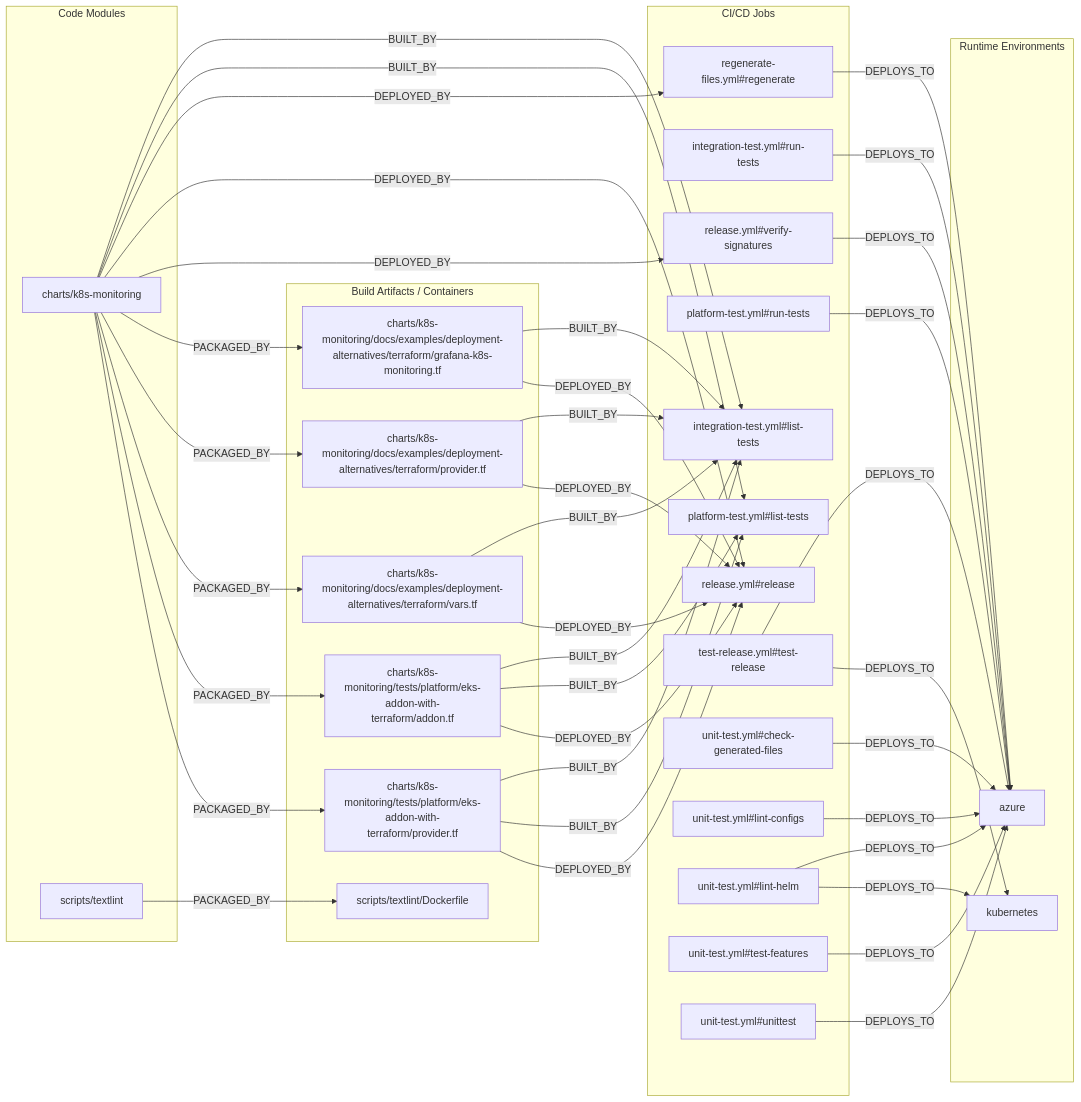
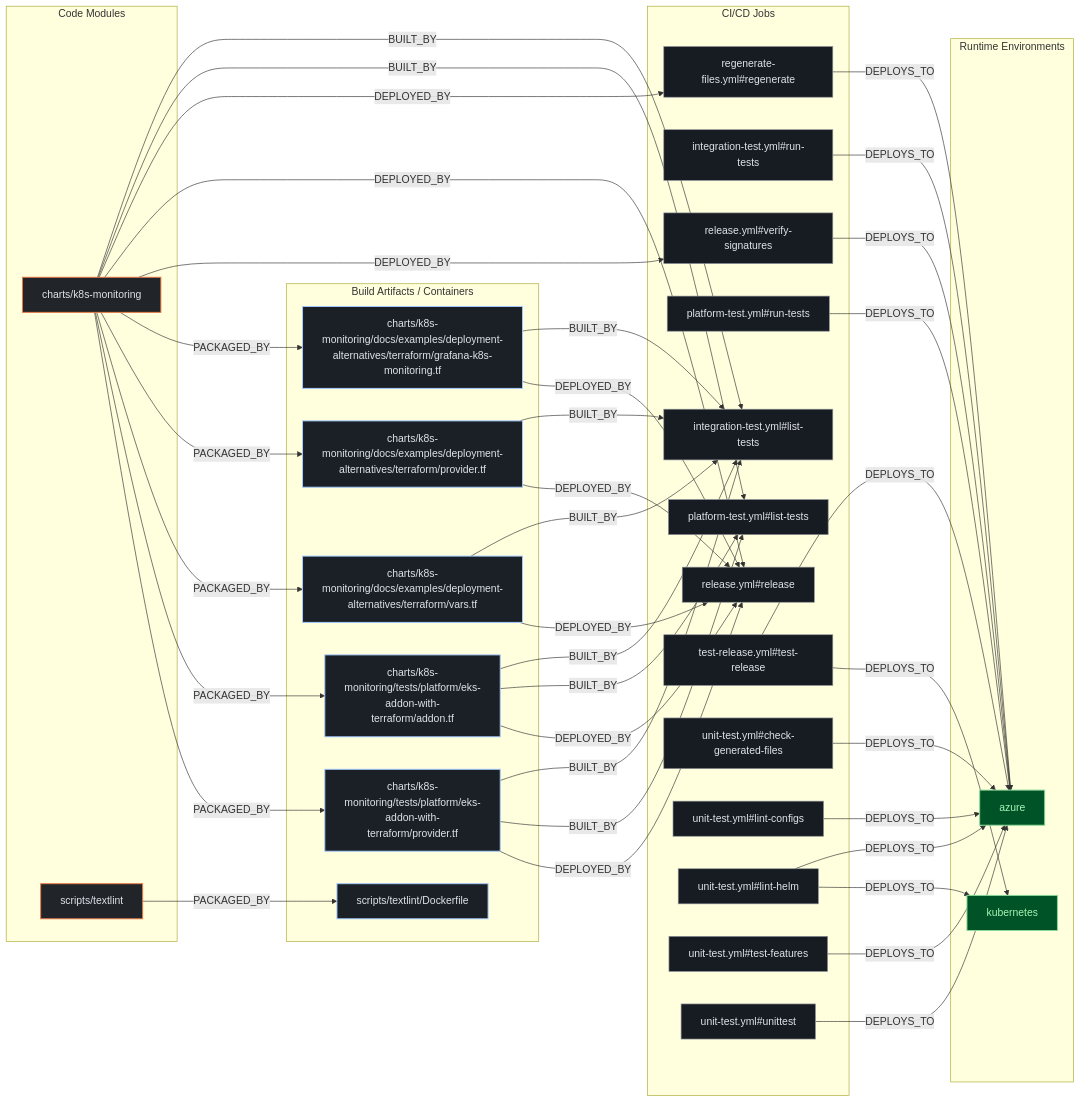
One commit to kumarshaz/atruss-code-atlas changed the second of 3 diagrams in exports/latest/reports/grafana-k8s-monitoring-helm-report.md. Above: the diagram before and after it, drawn with Mermaid. The commit also changed other lines of this file and 331 other files, not shown here.

Commit message:
docs,ui,fix: update SDLC docs, reorder CI/CD DAG first, stylize Mermaid, and fix Arc42 pipeline topology

````diff
--- a/exports/latest/reports/grafana-k8s-monitoring-helm-report.md
+++ b/exports/latest/reports/grafana-k8s-monitoring-helm-report.md
@@ -169,69 +176,73 @@
 ```mermaid
 flowchart LR
+    classDef atlasCategory fill:#212428,stroke:#E87A48,stroke-width:1.5px,color:#dfe3eb
+    classDef atlasWorkflow fill:#1b2026,stroke:#a3c9ff,stroke-width:1.5px,color:#dfe3eb
+    classDef atlasJob fill:#171c22,stroke:#8d9199,stroke-width:1px,color:#dfe3eb
+    classDef atlasTarget fill:#005227,stroke:#8bd99b,stroke-width:1.5px,color:#a7f6b6
     subgraph code_modules["Code Modules"]
-        mod_charts_k8s_monitoring["charts/k8s-monitoring"]
-        mod_scripts_textlint["scripts/textlint"]
+        mod_charts_k8s_monitoring["charts/k8s-monitoring"]:::atlasCategory
+        mod_scripts_textlint["scripts/textlint"]:::atlasCategory
     end
     subgraph build_artifacts["Build Artifacts / Containers"]
-        art_charts_k8s_monitoring_docs_examples_deployment_alternatives_terraform_grafana_k8s_monitoring_tf["charts/k8s-monitoring/docs/examples/deployment-alternatives/terraform/grafana-k8s-monitoring.tf"]
-        art_charts_k8s_monitoring_docs_examples_deployment_alternatives_terraform_provider_tf["charts/k8s-monitoring/docs/examples/deployment-alternatives/terraform/provider.tf"]
-        art_charts_k8s_monitoring_docs_examples_deployment_alternatives_terraform_vars_tf["charts/k8s-monitoring/docs/examples/deployment-alternatives/terraform/vars.tf"]
-        art_charts_k8s_monitoring_tests_platform_eks_addon_with_terraform_addon_tf["charts/k8s-monitoring/tests/platform/eks-addon-with-terraform/addon.tf"]
-        art_charts_k8s_monitoring_tests_platform_eks_addon_with_terraform_provider_tf["charts/k8s-monitoring/tests/platform/eks-addon-with-terraform/provider.tf"]
-        art_scripts_textlint_Dockerfile["scripts/textlint/Dockerfile"]
+        art_charts_k8s_monitoring_docs_examples_deployment_alternatives_terraform_grafana_k8s_monitoring_tf["charts/k8s-monitoring/docs/examples/deployment-alternatives/terraform/grafana-k8s-monitoring.tf"]:::atlasWorkflow
+        art_charts_k8s_monitoring_docs_examples_deployment_alternatives_terraform_provider_tf["charts/k8s-monitoring/docs/examples/deployment-alternatives/terraform/provider.tf"]:::atlasWorkflow
+        art_charts_k8s_monitoring_docs_examples_deployment_alternatives_terraform_vars_tf["charts/k8s-monitoring/docs/examples/deployment-alternatives/terraform/vars.tf"]:::atlasWorkflow
+        art_charts_k8s_monitoring_tests_platform_eks_addon_with_terraform_addon_tf["charts/k8s-monitoring/tests/platform/eks-addon-with-terraform/addon.tf"]:::atlasWorkflow
+        art_charts_k8s_monitoring_tests_platform_eks_addon_with_terraform_provider_tf["charts/k8s-monitoring/tests/platform/eks-addon-with-terraform/provider.tf"]:::atlasWorkflow
+        art_scripts_textlint_Dockerfile["scripts/textlint/Dockerfile"]:::atlasWorkflow
     end
     subgraph ci_jobs["CI/CD Jobs"]
-        job_integration_test_yml_list_tests["integration-test.yml#list-tests"]
-        job_integration_test_yml_run_tests["integration-test.yml#run-tests"]
-        job_platform_test_yml_list_tests["platform-test.yml#list-tests"]
-        job_platform_test_yml_run_tests["platform-test.yml#run-tests"]
-        job_regenerate_files_yml_regenerate["regenerate-files.yml#regenerate"]
-        job_release_yml_release["release.yml#release"]
-        job_release_yml_verify_signatures["release.yml#verify-signatures"]
-        job_test_release_yml_test_release["test-release.yml#test-release"]
-        job_unit_test_yml_check_generated_files["unit-test.yml#check-generated-files"]
-        job_unit_test_yml_lint_configs["unit-test.yml#lint-configs"]
-        job_unit_test_yml_lint_helm["unit-test.yml#lint-helm"]
-        job_unit_test_yml_test_features["unit-test.yml#test-features"]
-        job_unit_test_yml_unittest["unit-test.yml#unittest"]
+        job_integration_test_yml_list_tests["integration-test.yml#list-tests"]:::atlasJob
+        job_integration_test_yml_run_tests["integration-test.yml#run-tests"]:::atlasJob
+        job_platform_test_yml_list_tests["platform-test.yml#list-tests"]:::atlasJob
+        job_platform_test_yml_run_tests["platform-test.yml#run-tests"]:::atlasJob
+        job_regenerate_files_yml_regenerate["regenerate-files.yml#regenerate"]:::atlasJob
+        job_release_yml_release["release.yml#release"]:::atlasJob
+        job_release_yml_verify_signatures["release.yml#verify-signatures"]:::atlasJob
+        job_test_release_yml_test_release["test-release.yml#test-release"]:::atlasJob
+        job_unit_test_yml_check_generated_files["unit-test.yml#check-generated-files"]:::atlasJob
+        job_unit_test_yml_lint_configs["unit-test.yml#lint-configs"]:::atlasJob
+        job_unit_test_yml_lint_helm["unit-test.yml#lint-helm"]:::atlasJob
+        job_unit_test_yml_test_features["unit-test.yml#test-features"]:::atlasJob
+        job_unit_test_yml_unittest["unit-test.yml#unittest"]:::atlasJob
     end
     subgraph runtime_envs["Runtime Environments"]
-        env_azure["azure"]
-        env_kubernetes["kubernetes"]
+        env_azure["azure"]:::atlasTarget
+        env_kubernetes["kubernetes"]:::atlasTarget
     end
     job_integration_test_yml_run_tests -->|DEPLOYS_TO| env_azure
     job_platform_test_yml_run_tests -->|DEPLOYS_TO| env_azure
     job_regenerate_files_yml_regenerate -->|DEPLOYS_TO| env_azure
     job_release_yml_verify_signatures -->|DEPLOYS_TO| env_azure
     job_test_release_yml_test_release -->|DEPLOYS_TO| env_azure
     job_test_release_yml_test_release -->|DEPLOYS_TO| env_kubernetes
     job_unit_test_yml_check_generated_files -->|DEPLOYS_TO| env_azure
     job_unit_test_yml_lint_configs -->|DEPLOYS_TO| env_azure
     job_unit_test_yml_lint_helm -->|DEPLOYS_TO| env_azure
     job_unit_test_yml_lint_helm -->|DEPLOYS_TO| env_kubernetes
     job_unit_test_yml_test_features -->|DEPLOYS_TO| env_azure
     job_unit_test_yml_unittest -->|DEPLOYS_TO| env_azure
     mod_charts_k8s_monitoring -->|BUILT_BY| job_integration_test_yml_list_tests
     mod_charts_k8s_monitoring -->|BUILT_BY| job_platform_test_yml_list_tests
     mod_charts_k8s_monitoring -->|DEPLOYED_BY| job_regenerate_files_yml_regenerate
     mod_charts_k8s_monitoring -->|DEPLOYED_BY| job_release_yml_release
     mod_charts_k8s_monitoring -->|DEPLOYED_BY| job_release_yml_verify_signatures
     mod_charts_k8s_monitoring -->|PACKAGED_BY| art_charts_k8s_monitoring_docs_examples_deployment_alternatives_terraform_grafana_k8s_monitoring_tf
     mod_charts_k8s_monitoring -->|PACKAGED_BY| art_charts_k8s_monitoring_docs_examples_deployment_alternatives_terraform_provider_tf
     mod_charts_k8s_monitoring -->|PACKAGED_BY| art_charts_k8s_monitoring_docs_examples_deployment_alternatives_terraform_vars_tf
     mod_charts_k8s_monitoring -->|PACKAGED_BY| art_charts_k8s_monitoring_tests_platform_eks_addon_with_terraform_addon_tf
     mod_charts_k8s_monitoring -->|PACKAGED_BY| art_charts_k8s_monitoring_tests_platform_eks_addon_with_terraform_provider_tf
     mod_scripts_textlint -->|PACKAGED_BY| art_scripts_textlint_Dockerfile
     art_charts_k8s_monitoring_docs_examples_deployment_alternatives_terraform_grafana_k8s_monitoring_tf -->|BUILT_BY| job_integration_test_yml_list_tests
     art_charts_k8s_monitoring_docs_examples_deployment_alternatives_terraform_grafana_k8s_monitoring_tf -->|DEPLOYED_BY| job_release_yml_release
     art_charts_k8s_monitoring_docs_examples_deployment_alternatives_terraform_provider_tf -->|BUILT_BY| job_integration_test_yml_list_tests
     art_charts_k8s_monitoring_docs_examples_deployment_alternatives_terraform_provider_tf -->|DEPLOYED_BY| job_release_yml_release
     art_charts_k8s_monitoring_docs_examples_deployment_alternatives_terraform_vars_tf -->|BUILT_BY| job_integration_test_yml_list_tests
     art_charts_k8s_monitoring_docs_examples_deployment_alternatives_terraform_vars_tf -->|DEPLOYED_BY| job_release_yml_release
     art_charts_k8s_monitoring_tests_platform_eks_addon_with_terraform_addon_tf -->|BUILT_BY| job_integration_test_yml_list_tests
     art_charts_k8s_monitoring_tests_platform_eks_addon_with_terraform_addon_tf -->|BUILT_BY| job_platform_test_yml_list_tests
     art_charts_k8s_monitoring_tests_platform_eks_addon_with_terraform_addon_tf -->|DEPLOYED_BY| job_release_yml_release
     art_charts_k8s_monitoring_tests_platform_eks_addon_with_terraform_provider_tf -->|BUILT_BY| job_integration_test_yml_list_tests
     art_charts_k8s_monitoring_tests_platform_eks_addon_with_terraform_provider_tf -->|BUILT_BY| job_platform_test_yml_list_tests
     art_charts_k8s_monitoring_tests_platform_eks_addon_with_terraform_provider_tf -->|DEPLOYED_BY| job_release_yml_release
 ```
````
